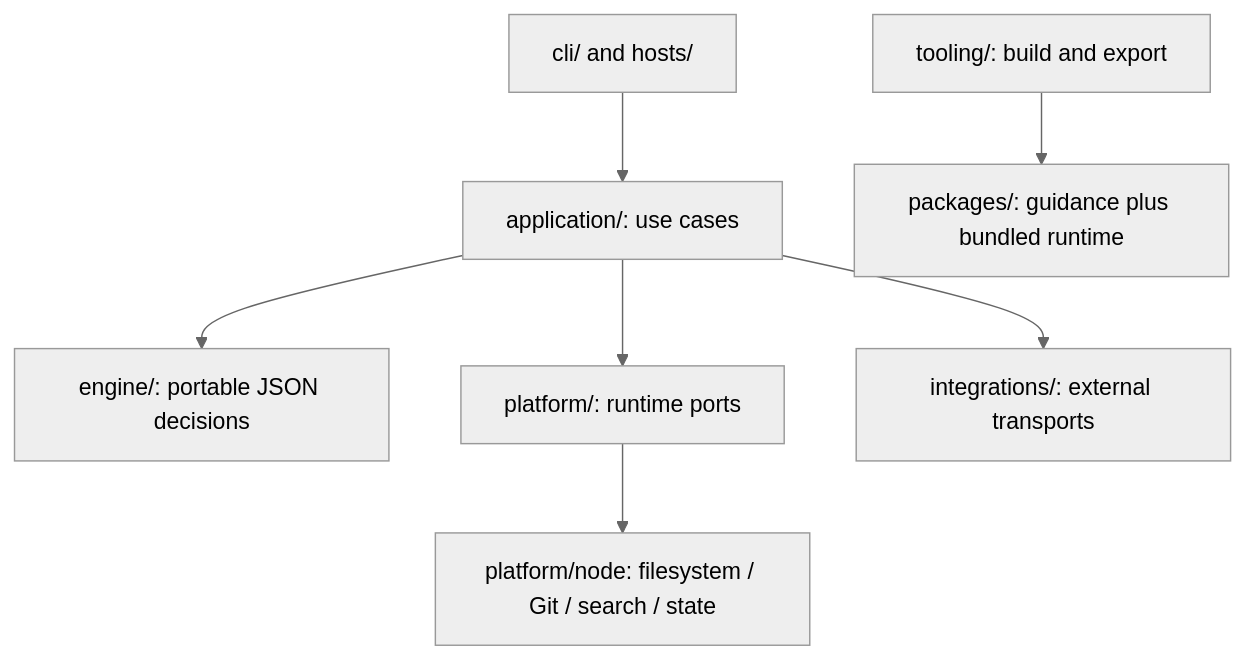
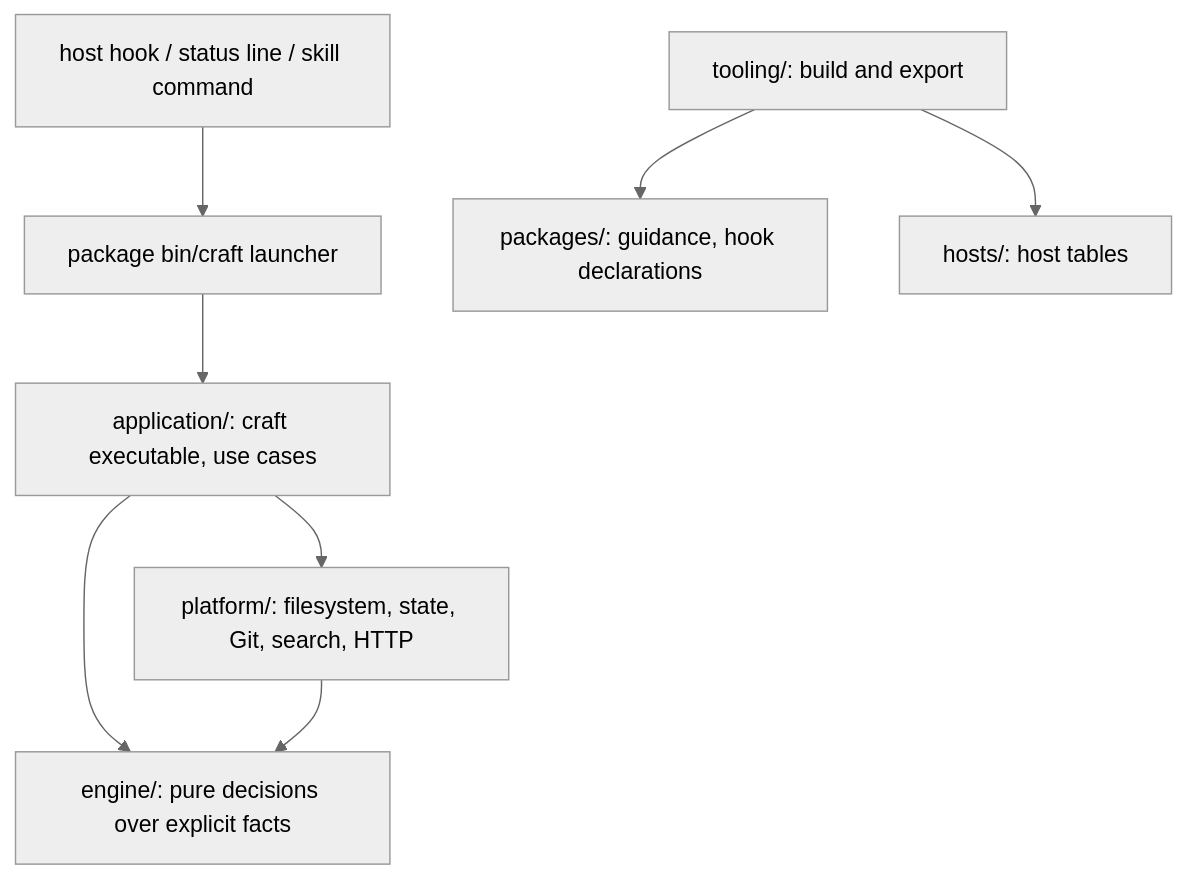
The diagram in docs/ARCHITECTURE.md (Aliaksie/engineering-pack), drawn with Mermaid (neutral theme) before and after one commit. The commit also changed other lines of this file and 115 other files, not shown here.

````diff
--- a/docs/ARCHITECTURE.md
+++ b/docs/ARCHITECTURE.md
@@ -7,9 +7,10 @@
 ```mermaid
 flowchart TD
-  CLI[cli/ and hosts/] --> APP[application/: use cases]
-  APP --> ENGINE[engine/: portable JSON decisions]
-  APP --> PORTS[platform/: runtime ports]
-  PORTS --> NODE[platform/node: filesystem / Git / search / state]
-  APP --> EXT[integrations/: external transports]
-  BUILD[tooling/: build and export] --> CONTENT[packages/: guidance plus bundled runtime]
+  HOST[host hook / status line / skill command] --> LAUNCH[package bin/craft launcher]
+  LAUNCH --> APP[application/: craft executable, use cases]
+  APP --> ENGINE[engine/: pure decisions over explicit facts]
+  APP --> PLATFORM[platform/: filesystem, state, Git, search, HTTP]
+  PLATFORM --> ENGINE
+  BUILD[tooling/: build and export] --> CONTENT[packages/: guidance, hook declarations]
+  BUILD --> TABLES[hosts/: host tables]
 ```
````
